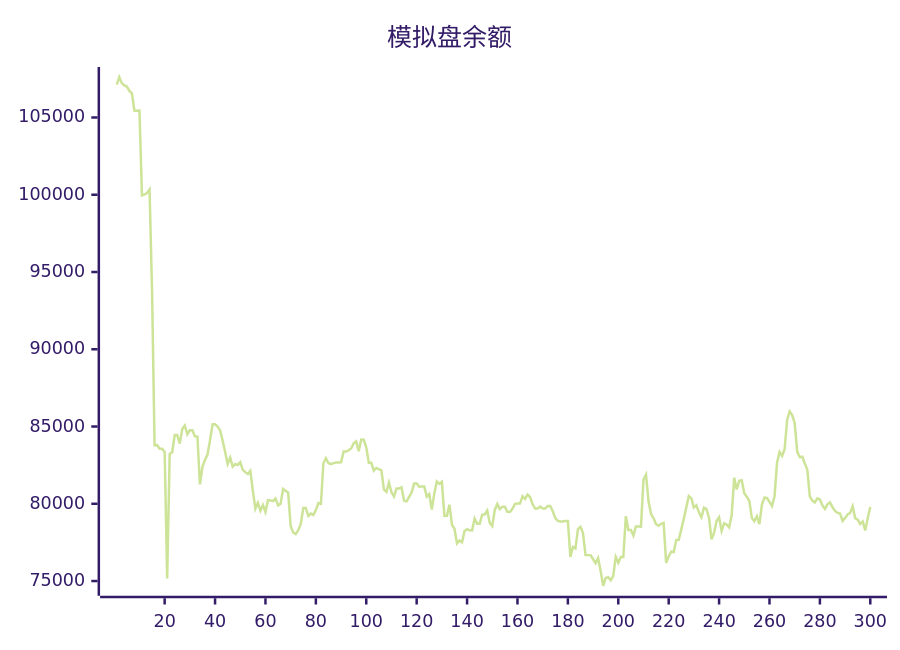
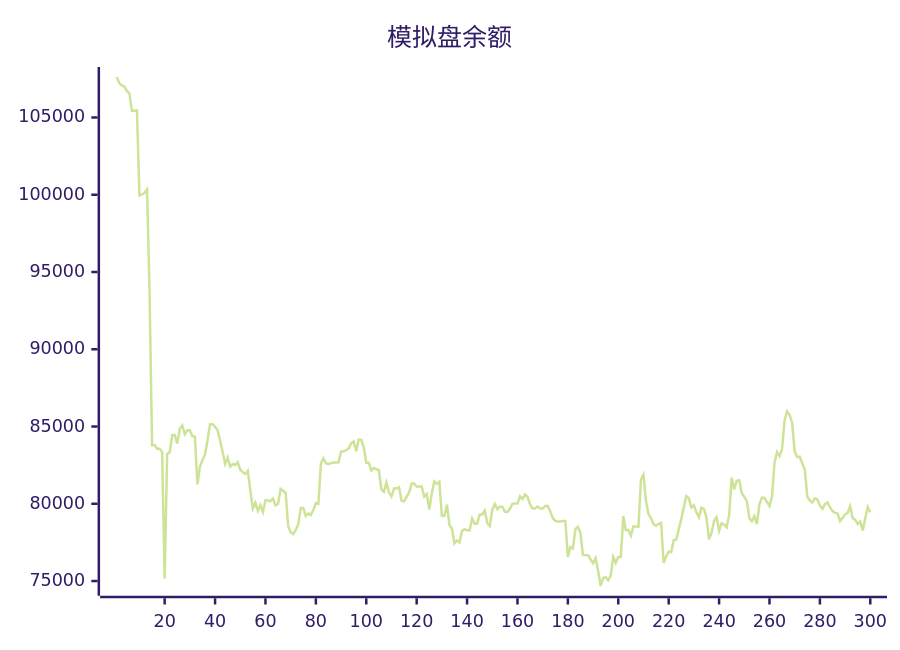
Before and after one commit to aahl/ai-trading: the diagram in README.md, drawn with Mermaid (forest theme). The commit also changed other lines of this file and 1 other file, not shown here.

````diff
--- a/README.md
+++ b/README.md
@@ -5,5 +5,5 @@
 ```mermaid
 xychart
     title "模拟盘余额"
-    line [107132,107620,107224,107080,107001,106717,106567,105431,105431,105440,99950,100017,100113,100337,93749,83795,83807,83567,83567,83342,75168,83222,83336,84448,84449,83896,84839,85065,84499,84757,84757,84364,84347,81254,82385,82835,83184,84099,85150,85150,85002,84751,84096,83356,82582,82983,82404,82572,82512,82688,82200,82047,81920,82125,80840,79688,80060,79552,79920,79470,80236,80208,80170,80336,79894,80006,80954,80837,80712,78561,78139,78037,78293,78682,79720,79720,79214,79372,79279,79591,80046,79993,82625,82950,82626,82571,82633,82670,82670,82681,83386,83378,83464,83579,83920,84037,83402,84160,84142,83652,82655,82655,82145,82315,82243,82163,80934,80770,81371,80742,80468,80989,80989,81067,80191,80155,80450,80737,81309,81309,81106,81119,81119,80471,80631,79624,80670,81448,81290,81429,79212,79222,79940,78643,78380,77432,77623,77504,78235,78358,78284,78277,79048,78714,78714,79290,79308,79567,78763,78563,79603,79988,79652,79813,79813,79476,79469,79673,79995,80015,80015,80486,80314,80600,80436,79966,79689,79689,79819,79692,79692,79850,79850,79518,79071,78889,78850,78850,78878,78878,76554,77202,77103,78357,78510,78106,76678,76677,76672,76411,76159,76485,75656,74695,75197,75246,75052,75334,76564,76179,76553,76551,79196,78300,78300,77944,78531,78531,78521,81564,81884,80160,79335,79055,78675,78580,78708,78764,76179,76586,76902,76876,77658,77669,78346,79023,79769,80497,80366,79761,79896,79448,79126,79749,79658,79097,77695,78114,78888,79126,78249,78738,78653,78478,79271,81680,80923,81488,81527,80681,80455,80190,79084,78879,79193,78686,79954,80403,80374,80118,79848,80491,82665,83351,83098,83525,85430,85983,85737,85221,83378,83014,83043,82613,82216,80477,80208,80081,80348,80277,79894,79670,79965,80093,79786,79542,79406,79371,78893,79087,79304,79406,79841,79072,78978,78696,78846,78272,79085,79787]
+    line [107620,107224,107080,107001,106717,106567,105431,105431,105440,99950,100017,100113,100337,93749,83795,83807,83567,83567,83342,75168,83222,83336,84448,84449,83896,84839,85065,84499,84757,84757,84364,84347,81254,82385,82835,83184,84099,85150,85150,85002,84751,84096,83356,82582,82983,82404,82572,82512,82688,82200,82047,81920,82125,80840,79688,80060,79552,79920,79470,80236,80208,80170,80336,79894,80006,80954,80837,80712,78561,78139,78037,78293,78682,79720,79720,79214,79372,79279,79591,80046,79993,82625,82950,82626,82571,82633,82670,82670,82681,83386,83378,83464,83579,83920,84037,83402,84160,84142,83652,82655,82655,82145,82315,82243,82163,80934,80770,81371,80742,80468,80989,80989,81067,80191,80155,80450,80737,81309,81309,81106,81119,81119,80471,80631,79624,80670,81448,81290,81429,79212,79222,79940,78643,78380,77432,77623,77504,78235,78358,78284,78277,79048,78714,78714,79290,79308,79567,78763,78563,79603,79988,79652,79813,79813,79476,79469,79673,79995,80015,80015,80486,80314,80600,80436,79966,79689,79689,79819,79692,79692,79850,79850,79518,79071,78889,78850,78850,78878,78878,76554,77202,77103,78357,78510,78106,76678,76677,76672,76411,76159,76485,75656,74695,75197,75246,75052,75334,76564,76179,76553,76551,79196,78300,78300,77944,78531,78531,78521,81564,81884,80160,79335,79055,78675,78580,78708,78764,76179,76586,76902,76876,77658,77669,78346,79023,79769,80497,80366,79761,79896,79448,79126,79749,79658,79097,77695,78114,78888,79126,78249,78738,78653,78478,79271,81680,80923,81488,81527,80681,80455,80190,79084,78879,79193,78686,79954,80403,80374,80118,79848,80491,82665,83351,83098,83525,85430,85983,85737,85221,83378,83014,83043,82613,82216,80477,80208,80081,80348,80277,79894,79670,79965,80093,79786,79542,79406,79371,78893,79087,79304,79406,79841,79072,78978,78696,78846,78272,79085,79787,79442]
 ```
````
